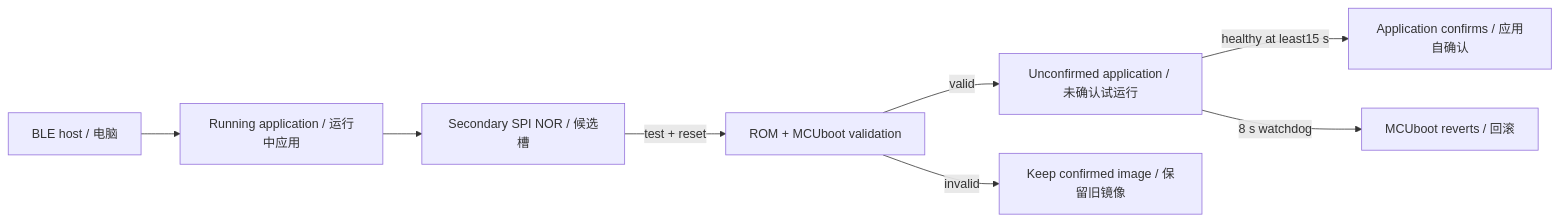
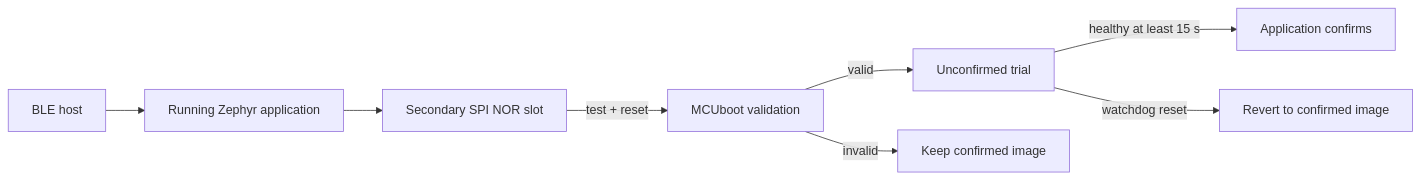
The diagram in README.md (ese5180/f26-t02-wearable-buddy-system), drawn with Mermaid before and after one commit. The commit also changed other lines of this file and 84 other files, not shown here.

````diff
--- a/README.md
+++ b/README.md
@@ -84,10 +45,10 @@
 ```mermaid
 flowchart LR
-    HOST[BLE host / 电脑] --> APP[Running application / 运行中应用]
-    APP --> SLOT[Secondary SPI NOR / 候选槽]
-    SLOT -->|test + reset| BOOT[ROM + MCUboot validation]
-    BOOT -->|valid| TRIAL[Unconfirmed application / 未确认试运行]
-    BOOT -->|invalid| OLD[Keep confirmed image / 保留旧镜像]
-    TRIAL -->|healthy at least15 s| CONFIRM[Application confirms / 应用自确认]
-    TRIAL -->|8 s watchdog| REVERT[MCUboot reverts / 回滚]
+    HOST[BLE host] --> APP[Running Zephyr application]
+    APP --> SLOT[Secondary SPI NOR slot]
+    SLOT -->|test + reset| BOOT[MCUboot validation]
+    BOOT -->|valid| TRIAL[Unconfirmed trial]
+    BOOT -->|invalid| OLD[Keep confirmed image]
+    TRIAL -->|healthy at least 15 s| CONFIRM[Application confirms]
+    TRIAL -->|watchdog reset| REVERT[Revert to confirmed image]
 ```
````
